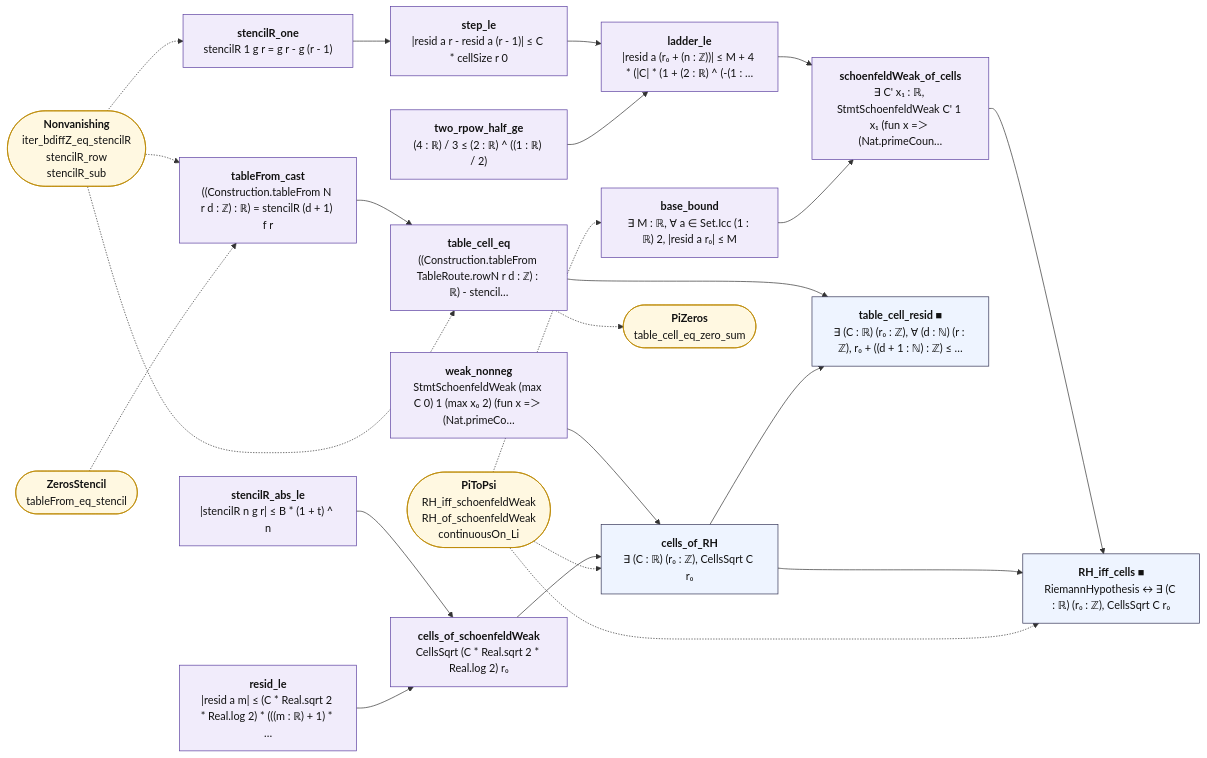
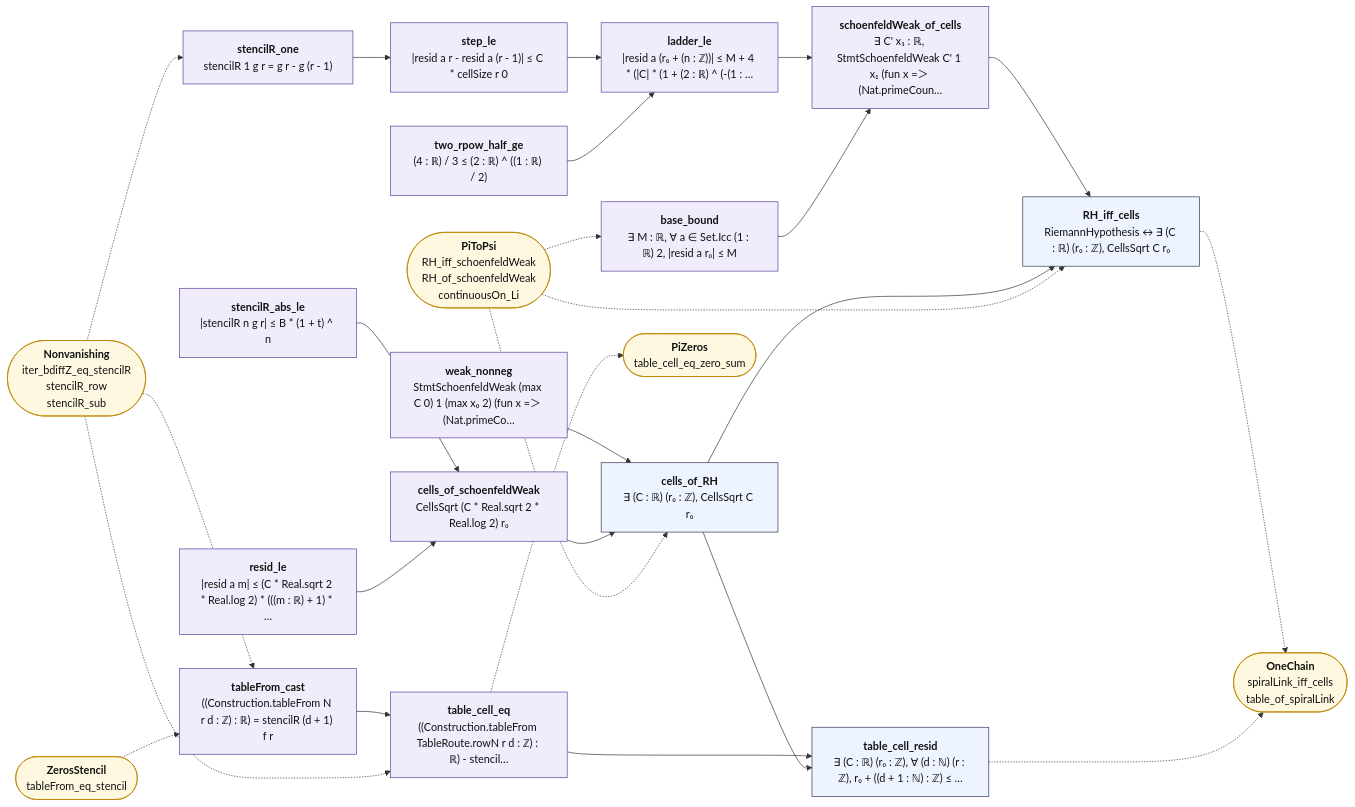
The diagram in map/lean_stage3/CellResidual.md (juliansambranojr/Primebeat_081426), drawn with Mermaid before and after one commit. The commit also changed other lines of this file and 62 other files, not shown here.

First line of the commit message:
Block J4: one chain, the closed loop tied to the tree's main theorems (unit 0479)

````diff
--- a/map/lean_stage3/CellResidual.md
+++ b/map/lean_stage3/CellResidual.md
@@ -12,52 +12,55 @@
 ```mermaid
 flowchart LR
   n0["<b>stencilR_abs_le</b><br/>|stencilR n g r| ≤ B * (1 + t) ^ n"]:::shp
   n1["<b>stencilR_one</b><br/>stencilR 1 g r = g r - g (r - 1)"]:::shp
   n2["<b>weak_nonneg</b><br/>StmtSchoenfeldWeak (max C 0) 1 (max x₀ 2) (fun x =＞ (Nat.primeCo…"]:::shp
   n3["<b>resid_le</b><br/>|resid a m| ≤ (C * Real.sqrt 2 * Real.log 2) * (((m : ℝ) + 1) * …"]:::shp
   n4["<b>cells_of_schoenfeldWeak</b><br/>CellsSqrt (C * Real.sqrt 2 * Real.log 2) r₀"]:::shp
   n5["<b>cells_of_RH</b><br/>∃ (C : ℝ) (r₀ : ℤ), CellsSqrt C r₀"]:::thm
   n6["<b>step_le</b><br/>|resid a r - resid a (r - 1)| ≤ C * cellSize r 0"]:::shp
   n7["<b>two_rpow_half_ge</b><br/>(4 : ℝ) / 3 ≤ (2 : ℝ) ^ ((1 : ℝ) / 2)"]:::shp
   n8["<b>ladder_le</b><br/>|resid a (r₀ + (n : ℤ))| ≤ M + 4 * (|C| * (1 + (2 : ℝ) ^ (-(1 : …"]:::shp
   n9["<b>base_bound</b><br/>∃ M : ℝ, ∀ a ∈ Set.Icc (1 : ℝ) 2, |resid a r₀| ≤ M"]:::shp
   n10["<b>schoenfeldWeak_of_cells</b><br/>∃ C' x₁ : ℝ, StmtSchoenfeldWeak C' 1 x₁ (fun x =＞ (Nat.primeCoun…"]:::shp
-  n11["<b>RH_iff_cells ■</b><br/>RiemannHypothesis ↔ ∃ (C : ℝ) (r₀ : ℤ), CellsSqrt C r₀"]:::thm
+  n11["<b>RH_iff_cells</b><br/>RiemannHypothesis ↔ ∃ (C : ℝ) (r₀ : ℤ), CellsSqrt C r₀"]:::thm
   n12["<b>tableFrom_cast</b><br/>((Construction.tableFrom N r d : ℤ) : ℝ) = stencilR (d + 1) f r"]:::shp
   n13["<b>table_cell_eq</b><br/>((Construction.tableFrom TableRoute.rowN r d : ℤ) : ℝ) - stencil…"]:::shp
-  n14["<b>table_cell_resid ■</b><br/>∃ (C : ℝ) (r₀ : ℤ), ∀ (d : ℕ) (r : ℤ), r₀ + ((d + 1 : ℕ) : ℤ) ≤ …"]:::thm
+  n14["<b>table_cell_resid</b><br/>∃ (C : ℝ) (r₀ : ℤ), ∀ (d : ℕ) (r : ℤ), r₀ + ((d + 1 : ℕ) : ℤ) ≤ …"]:::thm
   x0(["<b>Nonvanishing</b><br/>iter_bdiffZ_eq_stencilR<br/>stencilR_row<br/>stencilR_sub"]):::ext
   x1(["<b>PiToPsi</b><br/>RH_iff_schoenfeldWeak<br/>RH_of_schoenfeldWeak<br/>continuousOn_Li"]):::ext
-  x2(["<b>ZerosStencil</b><br/>tableFrom_eq_stencil"]):::ext
-  x3(["<b>PiZeros</b><br/>table_cell_eq_zero_sum"]):::ext
+  x2(["<b>OneChain</b><br/>spiralLink_iff_cells<br/>table_of_spiralLink"]):::ext
+  x3(["<b>ZerosStencil</b><br/>tableFrom_eq_stencil"]):::ext
+  x4(["<b>PiZeros</b><br/>table_cell_eq_zero_sum"]):::ext
   n0 --> n4
   n1 --> n6
   n10 --> n11
   n12 --> n13
   n13 --> n14
   n2 --> n5
   n3 --> n4
   n4 --> n5
   n5 --> n11
   n5 --> n14
   n6 --> n8
   n7 --> n8
   n8 --> n10
   n9 --> n10
-  n13 -.-> x3
+  n11 -.-> x2
+  n13 -.-> x4
+  n14 -.-> x2
   x0 -.-> n1
   x0 -.-> n12
   x0 -.-> n13
   x1 -.-> n11
   x1 -.-> n5
   x1 -.-> n9
-  x2 -.-> n12
+  x3 -.-> n12
   classDef cnt fill:#dff5ec,stroke:#17694a,color:#111
   classDef shp fill:#f1ecfb,stroke:#5b3fa0,color:#111
   classDef rh fill:#ffe5e5,stroke:#c22,color:#111,stroke-width:2px
   classDef thm fill:#eef4ff,stroke:#335,color:#111
   classDef end_ fill:#e7f7e7,stroke:#2a7,color:#111,stroke-width:2px
   classDef lone fill:#fff,stroke:#999,color:#111,stroke-dasharray:4 3
   classDef bad fill:#ffe5e5,stroke:#c22,color:#111,stroke-width:2px
   classDef ext fill:#fff8e1,stroke:#b80,color:#111
 ```
````
